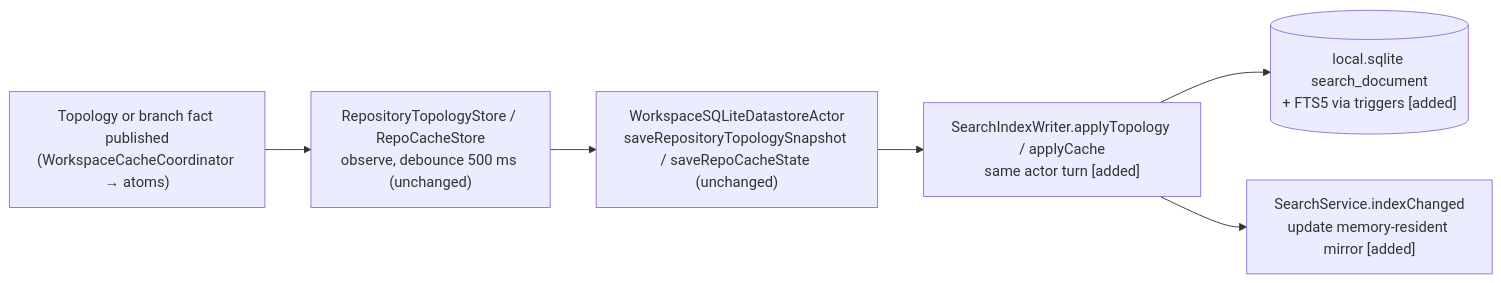
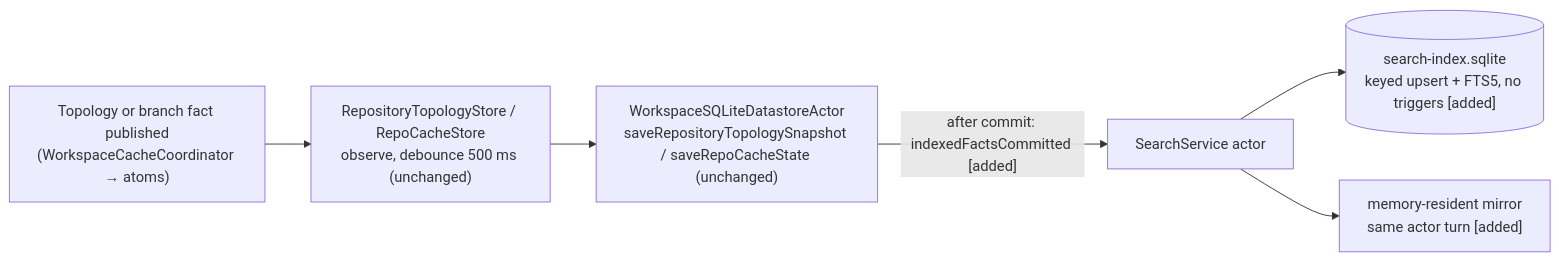
One commit to ShravanSunder/agentstudio changed the fourth of 5 diagrams in docs/specs/2026-09-26-find-search-service/2026-09-26-find-search-service-program-design.md. Above: the diagram before and after it, drawn with Mermaid. The commit also changed other lines of this file, not shown here.

Commit message:
Keep the Find index in its own rebuildable file with no triggers or enum checks

````diff
--- a/docs/specs/2026-09-26-find-search-service/2026-09-26-find-search-service-program-design.md
+++ b/docs/specs/2026-09-26-find-search-service/2026-09-26-find-search-service-program-design.md
@@ -137,8 +169,8 @@
 ```mermaid
 flowchart LR
   A["Topology or branch fact published<br/>(WorkspaceCacheCoordinator → atoms)"] --> B["RepositoryTopologyStore / RepoCacheStore<br/>observe, debounce 500 ms (unchanged)"]
   B --> C["WorkspaceSQLiteDatastoreActor<br/>saveRepositoryTopologySnapshot / saveRepoCacheState (unchanged)"]
-  C --> D["SearchIndexWriter.applyTopology / applyCache<br/>same actor turn [added]"]
-  D --> E[("local.sqlite search_document<br/>+ FTS5 via triggers [added]")]
-  D --> F["SearchService.indexChanged<br/>update memory-resident mirror [added]"]
+  C -- "after commit: indexedFactsCommitted [added]" --> D["SearchService actor"]
+  D --> E[("search-index.sqlite<br/>keyed upsert + FTS5, no triggers [added]")]
+  D --> F["memory-resident mirror<br/>same actor turn [added]"]
 ```
````
